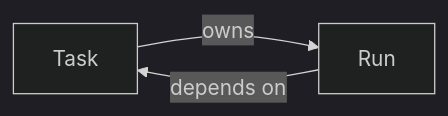
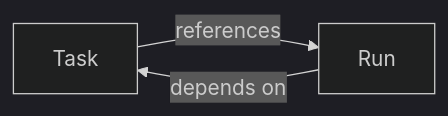
The second of 2 diagrams in packages/cli/test/fixtures/valid/object-function-link/expected.md (dermrvn-code/doc-lang), drawn with Mermaid (dark theme) before and after one commit. The commit also changed 5 other files, not shown here.

Commit message:
refactor: rename 'owns' in graph to 'references'

````diff
--- a/packages/cli/test/fixtures/valid/object-function-link/expected.md
+++ b/packages/cli/test/fixtures/valid/object-function-link/expected.md
@@ -29,9 +29,9 @@
 ```mermaid
 graph LR
 
 task["Task"]
 run["Run"]
 
-task -->|"owns"| run
+task -->|"references"| run
 run -->|"depends on"| task
 ```
````
